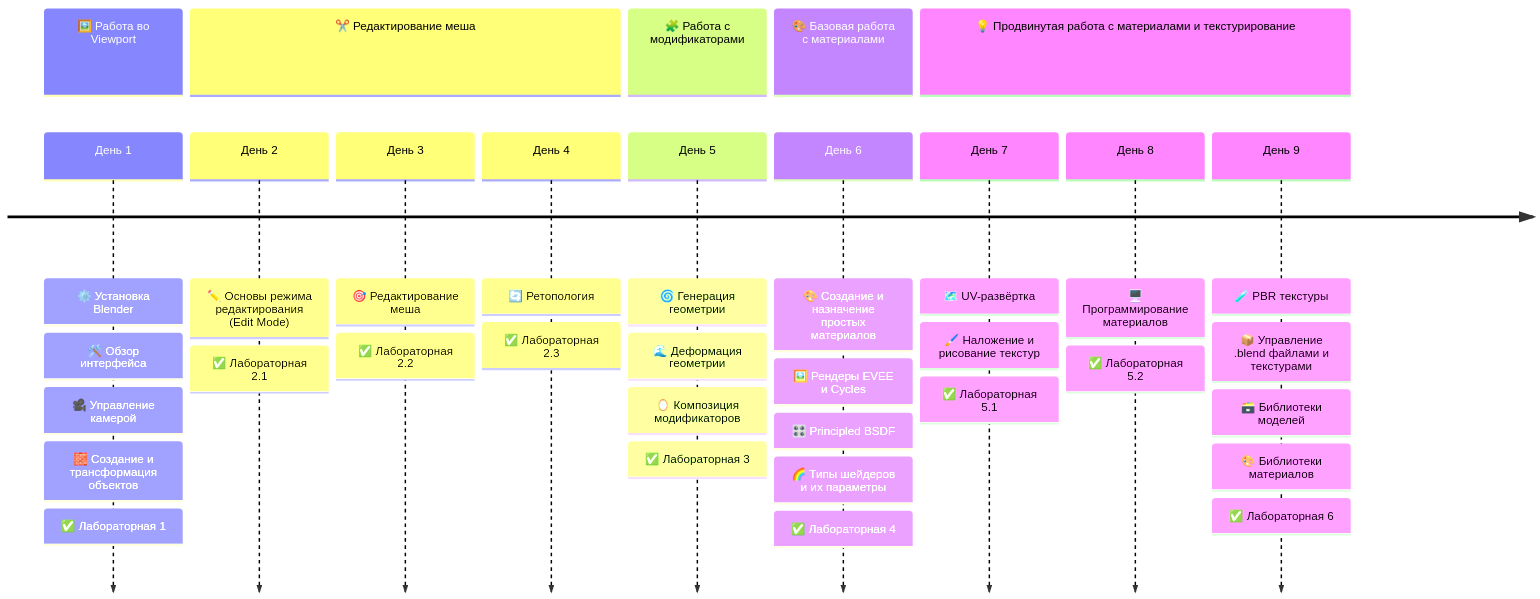
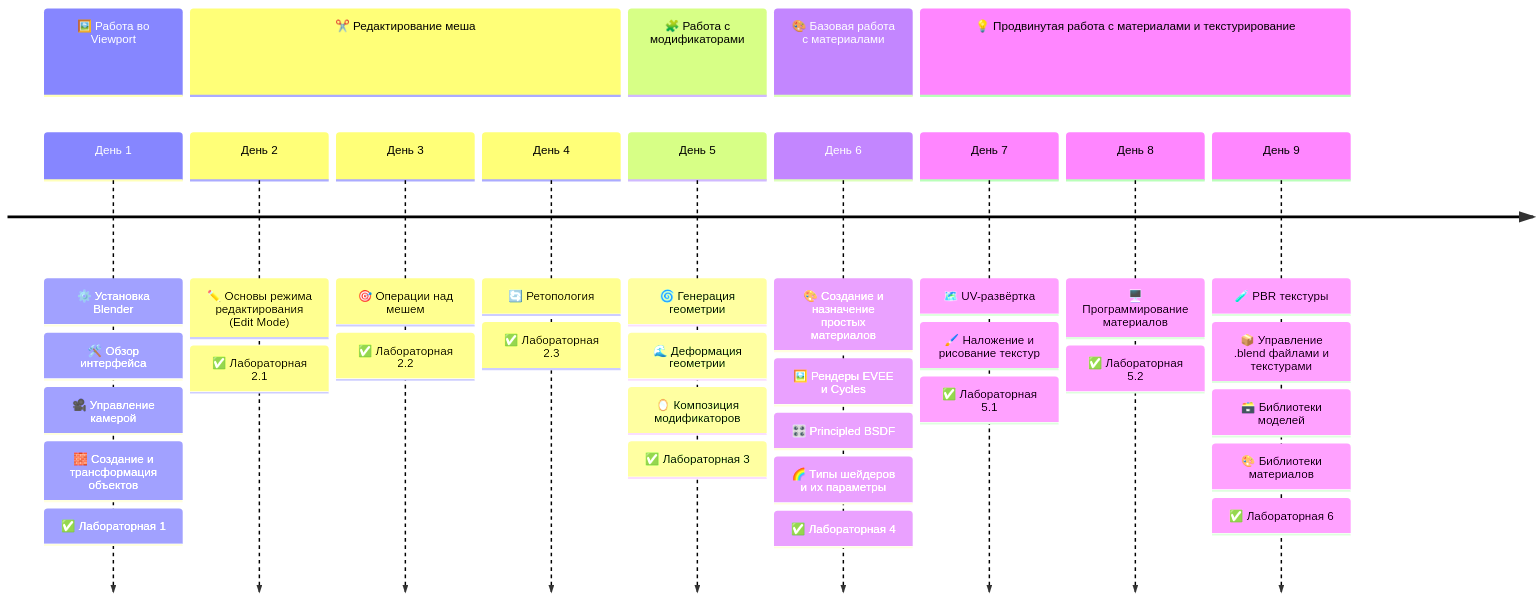
One commit to mvodya/3d-course-blender-2025 changed the first of 2 diagrams in README.md. Above: the diagram before and after it, drawn with Mermaid. The commit also changed other lines of this file and 2 other files, not shown here.

````diff
--- a/README.md
+++ b/README.md
@@ -71,43 +71,43 @@
 ```mermaid
 timeline
     section 🖼️ Работа во Viewport
         День 1 :
             ⚙️ Установка Blender : 🛠️ Обзор интерфейса : 🎥 Управление камерой : 🧱 Создание и трансформация объектов :
             ✅ Лабораторная 1
 
     section ✂️ Редактирование меша
         День 2 :
             ✏️ Основы режима редактирования (Edit Mode) :
             ✅ Лабораторная 2.1
         День 3 :
-            🎯 Редактирование меша :
+            🎯 Операции над мешем :
             ✅ Лабораторная 2.2
         День 4 :
             🔄 Ретопология :
             ✅ Лабораторная 2.3
 
     section 🧩 Работа с модификаторами
         День 5 :
             🌀 Генерация геометрии :
             🌊 Деформация геометрии : 🪞 Композиция модификаторов :
             ✅ Лабораторная 3
 
     section 🎨 Базовая работа с материалами
         День 6 :
             🎨 Создание и назначение простых материалов :
             🖼️ Рендеры EVEE и Cycles :
             🎛️ Principled BSDF :
             🌈 Типы шейдеров и их параметры :
             ✅ Лабораторная 4
 
     section 💡 Продвинутая работа с материалами и текстурирование
         День 7 :
             🗺️ UV-развёртка : 🖌️ Наложение и рисование текстур :
             ✅ Лабораторная 5.1
         День 8 :
             🖥️ Программирование материалов :
             ✅ Лабораторная 5.2
         День 9 :
             🧪 PBR текстуры : 📦 Управление .blend файлами и текстурами : 🗃️ Библиотеки моделей : 🎨 Библиотеки материалов :
             ✅ Лабораторная 6
 ```
````
